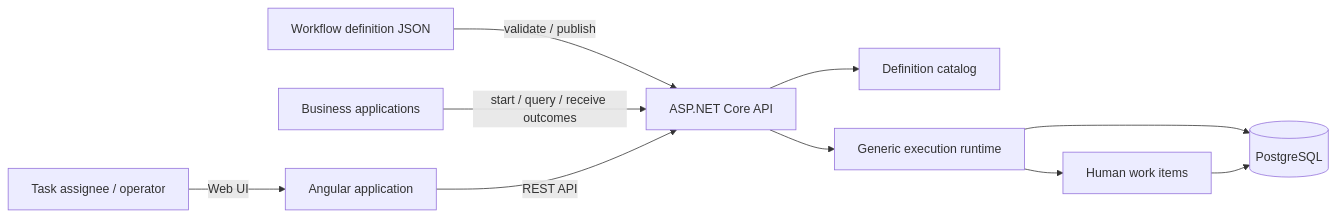
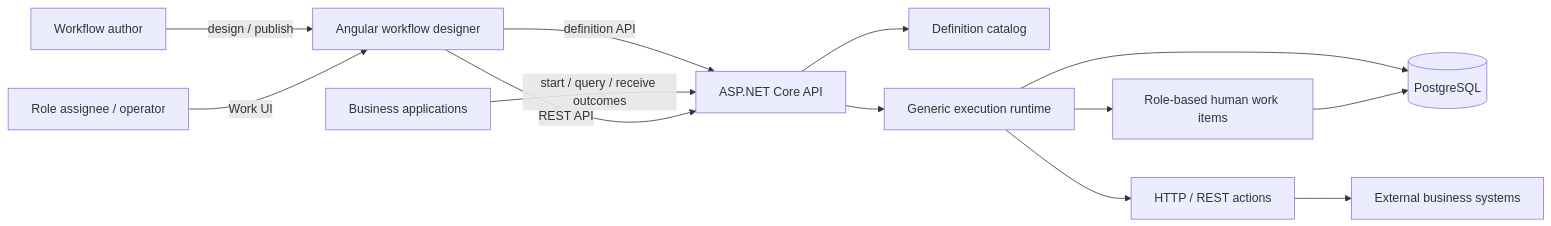
One commit to mehrdadbahrainy/business-workflow-engine changed the diagram in docs/architecture/overview.md. Above: the diagram before and after it, drawn with Mermaid. The commit also changed other lines of this file and 6 other files, not shown here.

````diff
--- a/docs/architecture/overview.md
+++ b/docs/architecture/overview.md
@@ -11,12 +11,15 @@
 ```mermaid
 flowchart LR
-    Author[Workflow definition JSON] -->|validate / publish| Api[ASP.NET Core API]
+    Author[Workflow author] -->|design / publish| Ui[Angular workflow designer]
+    Ui -->|definition API| Api[ASP.NET Core API]
     Host[Business applications] -->|start / query / receive outcomes| Api
-    Operator[Task assignee / operator] -->|Web UI| Ui[Angular application]
+    Operator[Role assignee / operator] -->|Work UI| Ui
     Ui -->|REST API| Api
     Api --> Definitions[Definition catalog]
     Api --> Workflow[Generic execution runtime]
-    Workflow --> Tasks[Human work items]
+    Workflow --> Tasks[Role-based human work items]
+    Workflow --> Actions[HTTP / REST actions]
+    Actions --> External[External business systems]
     Workflow --> Store[(PostgreSQL)]
     Tasks --> Store
 ```
````
